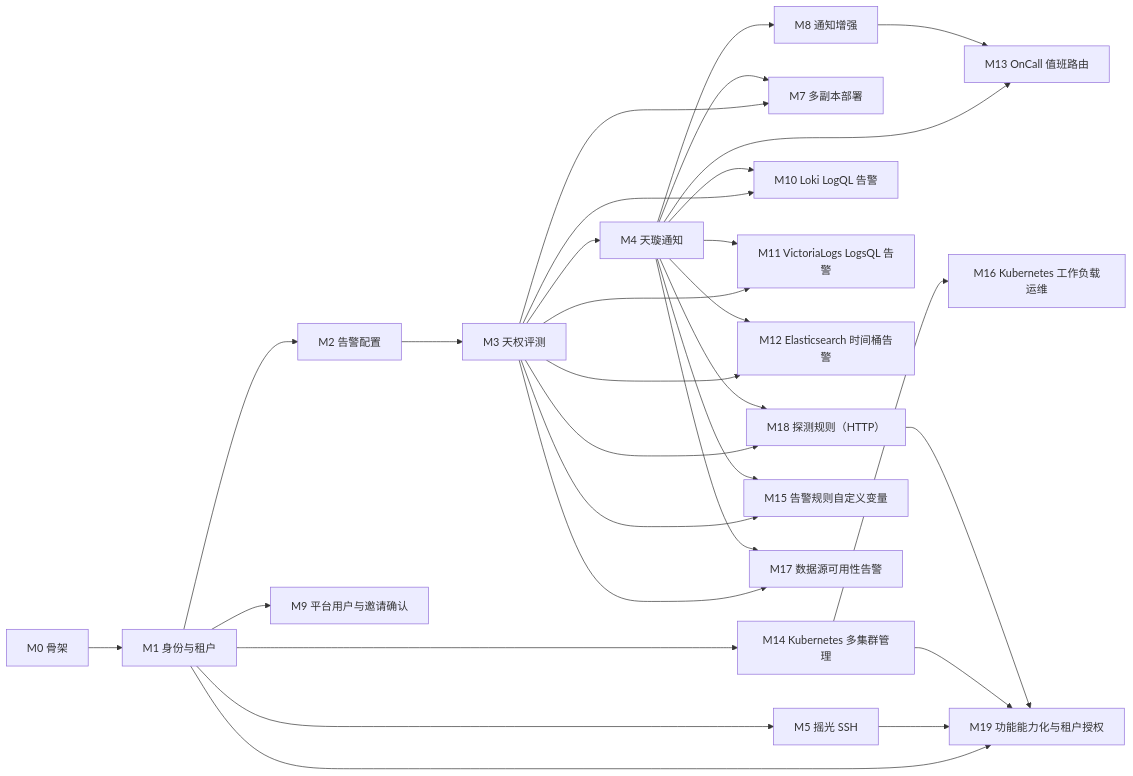
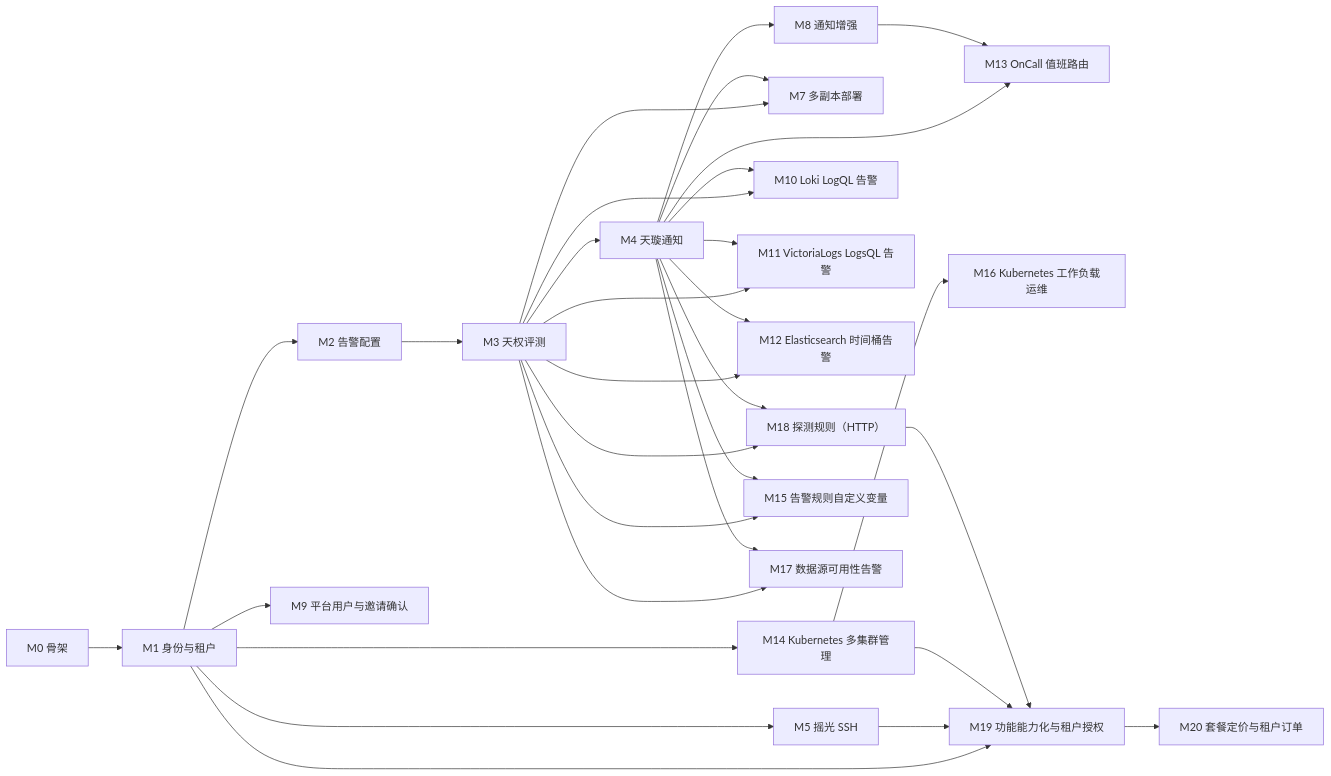
One commit to aide-family/moon changed the diagram in docs/roadmap.md. Above: the diagram before and after it, drawn with Mermaid. The commit also changed other lines of this file and 76 other files, not shown here.

````diff
--- a/docs/roadmap.md
+++ b/docs/roadmap.md
@@ -45,48 +46,50 @@
 ```mermaid
 flowchart LR
   m0[M0 骨架]
   m1[M1 身份与租户]
   m2[M2 告警配置]
   m3[M3 天权评测]
   m4[M4 天璇通知]
   m5[M5 摇光 SSH]
   m7[M7 多副本部署]
   m8[M8 通知增强]
   m9[M9 平台用户与邀请确认]
   m10[M10 Loki LogQL 告警]
   m11[M11 VictoriaLogs LogsQL 告警]
   m12[M12 Elasticsearch 时间桶告警]
   m13[M13 OnCall 值班路由]
   m14[M14 Kubernetes 多集群管理]
   m15[M15 告警规则自定义变量]
   m16[M16 Kubernetes 工作负载运维]
   m17[M17 数据源可用性告警]
   m18[M18 探测规则（HTTP）]
   m19[M19 功能能力化与租户授权]
+  m20[M20 套餐定价与租户订单]
   m0 --> m1 --> m2 --> m3 --> m4
   m1 --> m5
   m1 --> m9
   m1 --> m14
   m14 --> m16
   m3 --> m7
   m4 --> m7
   m4 --> m8
   m3 --> m10
   m4 --> m10
   m3 --> m11
   m4 --> m11
   m3 --> m12
   m4 --> m12
   m4 --> m13
   m8 --> m13
   m3 --> m15
   m4 --> m15
   m3 --> m17
   m4 --> m17
   m3 --> m18
   m4 --> m18
   m1 --> m19
   m5 --> m19
   m14 --> m19
   m18 --> m19
+  m19 --> m20
 ```
````
